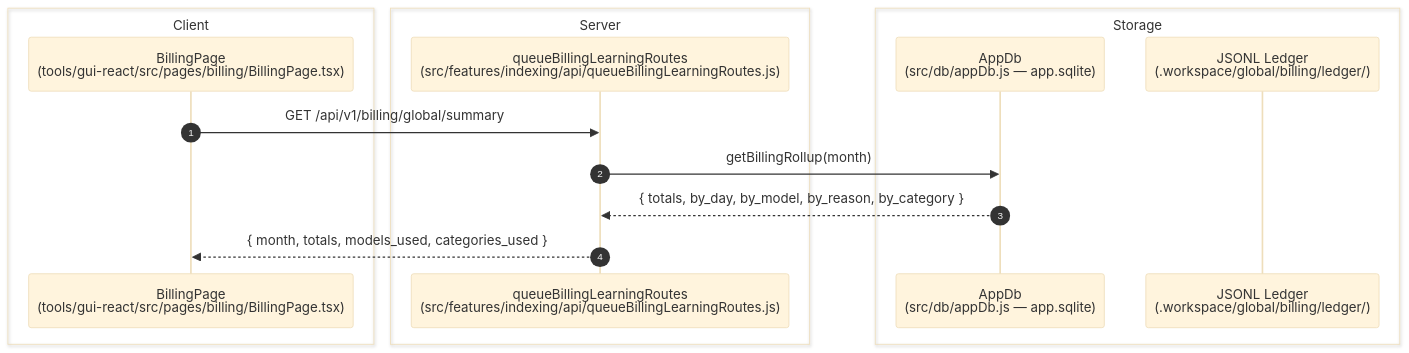
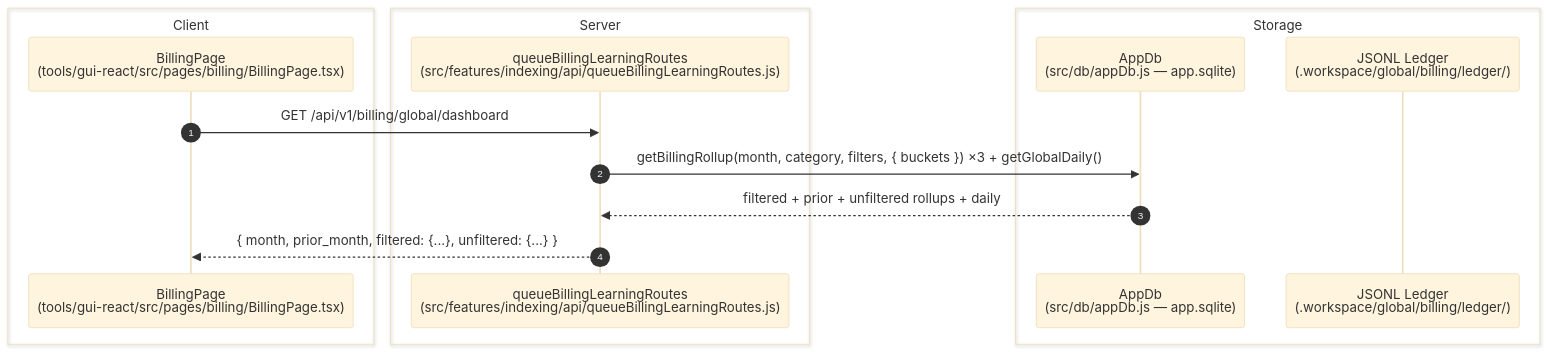
The diagram in docs/04-features/billing-and-learning.md (CdubVentures/Spec-Factory), drawn with Mermaid before and after one commit. The commit also changed other lines of this file and 188 other files, not shown here.

````diff
--- a/docs/04-features/billing-and-learning.md
+++ b/docs/04-features/billing-and-learning.md
@@ -68,19 +65,19 @@
 ```mermaid
 %%{init: {'theme': 'base', 'themeVariables': { 'fontSize': '20px', 'actorWidth': 250, 'actorMargin': 200, 'boxMargin': 20 }}}%%
 sequenceDiagram
   autonumber
   box Client
     participant BillingPage as BillingPage<br/>(tools/gui-react/src/pages/billing/BillingPage.tsx)
   end
   box Server
     participant Routes as queueBillingLearningRoutes<br/>(src/features/indexing/api/queueBillingLearningRoutes.js)
   end
   box Storage
     participant AppDb as AppDb<br/>(src/db/appDb.js — app.sqlite)
     participant JSONL as JSONL Ledger<br/>(.workspace/global/billing/ledger/)
   end
-  BillingPage->>Routes: GET /api/v1/billing/global/summary
-  Routes->>AppDb: getBillingRollup(month)
-  AppDb-->>Routes: { totals, by_day, by_model, by_reason, by_category }
-  Routes-->>BillingPage: { month, totals, models_used, categories_used }
+  BillingPage->>Routes: GET /api/v1/billing/global/dashboard
+  Routes->>AppDb: getBillingRollup(month, category, filters, { buckets }) ×3 + getGlobalDaily()
+  AppDb-->>Routes: filtered + prior + unfiltered rollups + daily
+  Routes-->>BillingPage: { month, prior_month, filtered: {...}, unfiltered: {...} }
 ```
````
